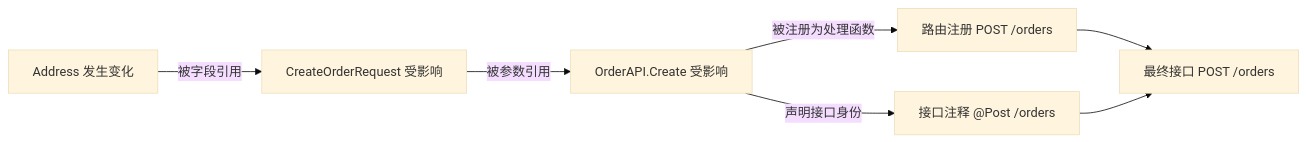
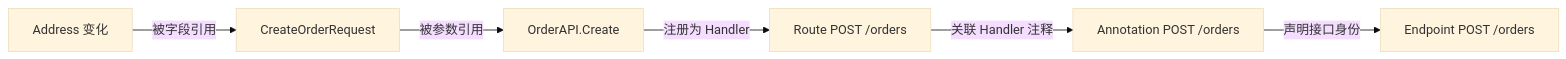
One commit to Flying-Bird1999/go-analyzer changed the fourth of 17 diagrams in TECH-DESIGN-impact-analysis.md. Above: the diagram before and after it, drawn with Mermaid (base theme). The commit also changed other lines of this file and 1 other file, not shown here.

````diff
--- a/TECH-DESIGN-impact-analysis.md
+++ b/TECH-DESIGN-impact-analysis.md
@@ -169,16 +254,15 @@
 ```mermaid
 flowchart LR
-    ADDRESS["Address 发生变化"]
-    REQUEST["CreateOrderRequest 受影响"]
-    CREATE["OrderAPI.Create 受影响"]
-    ROUTE["路由注册 POST /orders"]
-    ANNOTATION["接口注释 @Post /orders"]
-    ENDPOINT["最终接口 POST /orders"]
+    ADDRESS["Address 变化"]
+    REQUEST["CreateOrderRequest"]
+    CREATE["OrderAPI.Create"]
+    ROUTE["Route POST /orders"]
+    ANNO["Annotation POST /orders"]
+    ENDPOINT["Endpoint POST /orders"]
 
     ADDRESS -->|"被字段引用"| REQUEST
     REQUEST -->|"被参数引用"| CREATE
-    CREATE -->|"被注册为处理函数"| ROUTE
-    CREATE -->|"声明接口身份"| ANNOTATION
-    ROUTE --> ENDPOINT
-    ANNOTATION --> ENDPOINT
+    CREATE -->|"注册为 Handler"| ROUTE
+    ROUTE -->|"关联 Handler 注释"| ANNO
+    ANNO -->|"声明接口身份"| ENDPOINT
 ```
````
